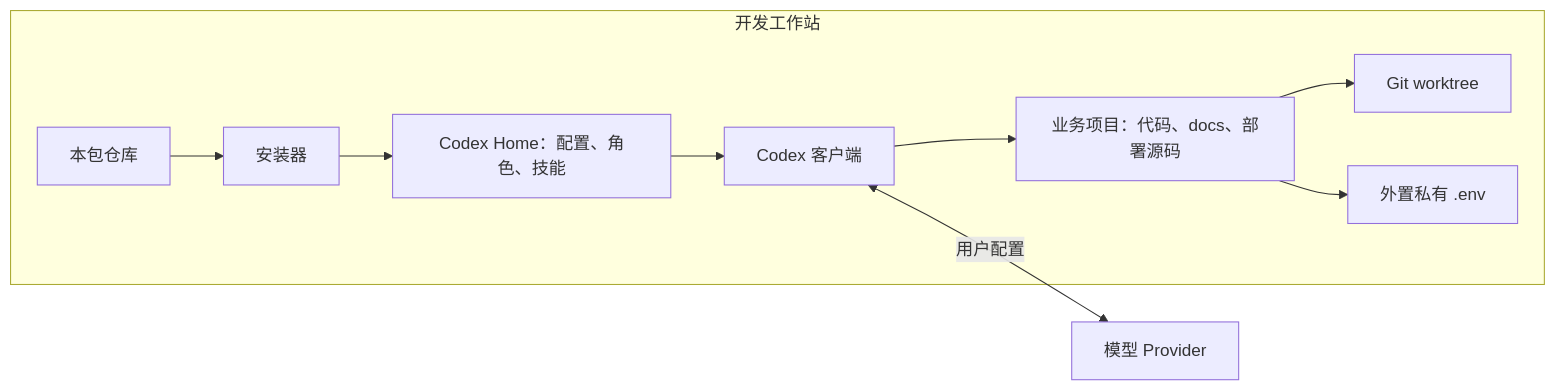
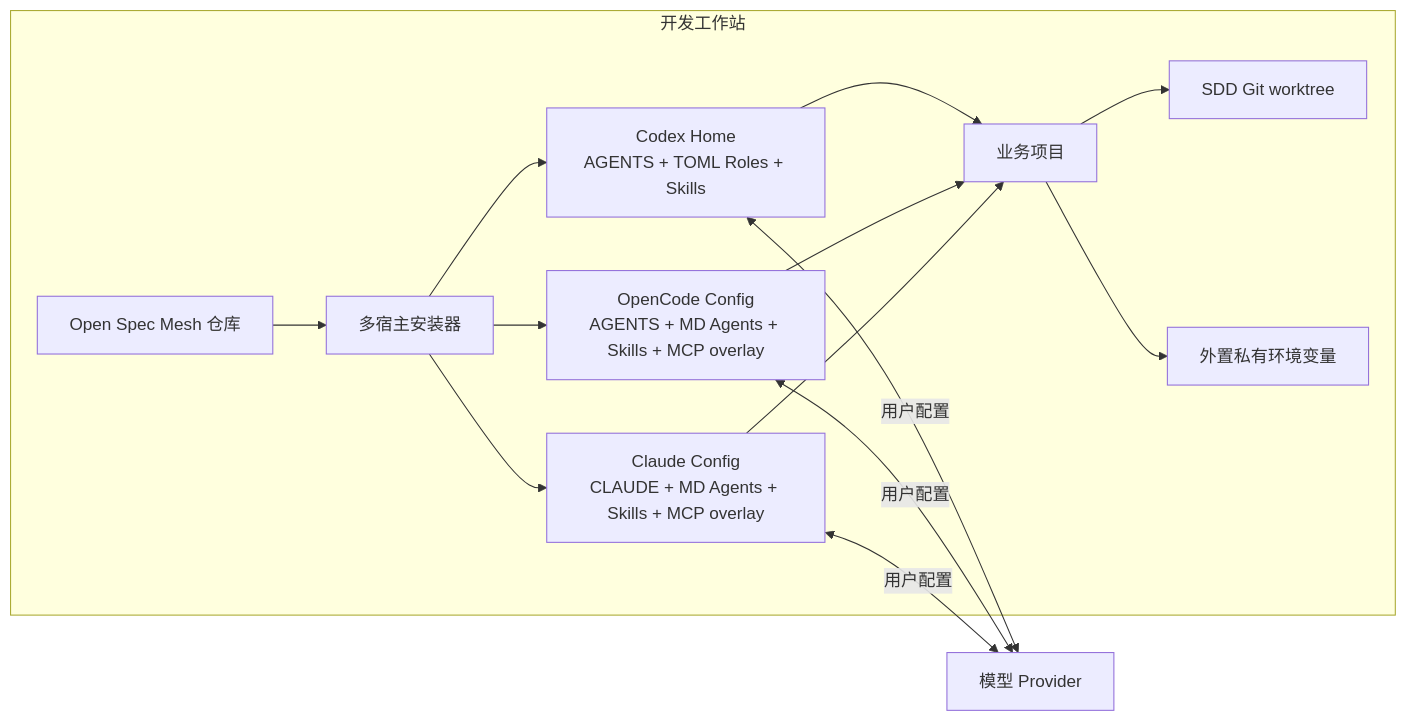
The diagram in docs/04-operations/O03-diagrams/O03-01-deployment-architecture.md (kedamitch/open-spec-mesh), drawn with Mermaid before and after one commit. The commit also changed other lines of this file and 12 other files, not shown here.

Commit message:
Document native Codex OpenCode and Claude runtimes

````diff
--- a/docs/04-operations/O03-diagrams/O03-01-deployment-architecture.md
+++ b/docs/04-operations/O03-diagrams/O03-01-deployment-architecture.md
@@ -3,12 +3,17 @@
 ```mermaid
 flowchart LR
   subgraph Host[开发工作站]
-    Repo[本包仓库] --> Install[安装器]
-    Install --> Home[Codex Home：配置、角色、技能]
-    Home --> Client[Codex 客户端]
-    Client --> Project[业务项目：代码、docs、部署源码]
-    Project --> WT[Git worktree]
-    Project --> Env[外置私有 .env]
+    Repo[Open Spec Mesh 仓库] --> Install[多宿主安装器]
+    Install --> Codex[Codex Home\nAGENTS + TOML Roles + Skills]
+    Install --> OpenCode[OpenCode Config\nAGENTS + MD Agents + Skills + MCP overlay]
+    Install --> Claude[Claude Config\nCLAUDE + MD Agents + Skills + MCP overlay]
+    Codex --> Project[业务项目]
+    OpenCode --> Project
+    Claude --> Project
+    Project --> WT[SDD Git worktree]
+    Project --> Env[外置私有环境变量]
   end
-  Client <-->|用户配置| Provider[模型 Provider]
+  Codex <-->|用户配置| Provider[模型 Provider]
+  OpenCode <-->|用户配置| Provider
+  Claude <-->|用户配置| Provider
 ```
````
